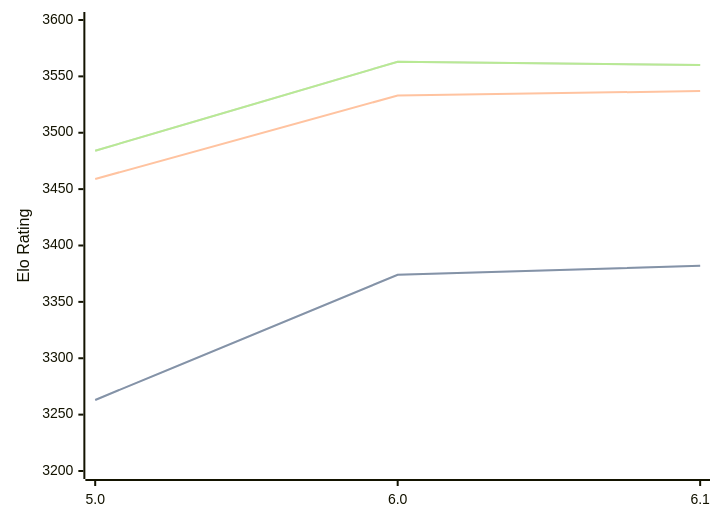
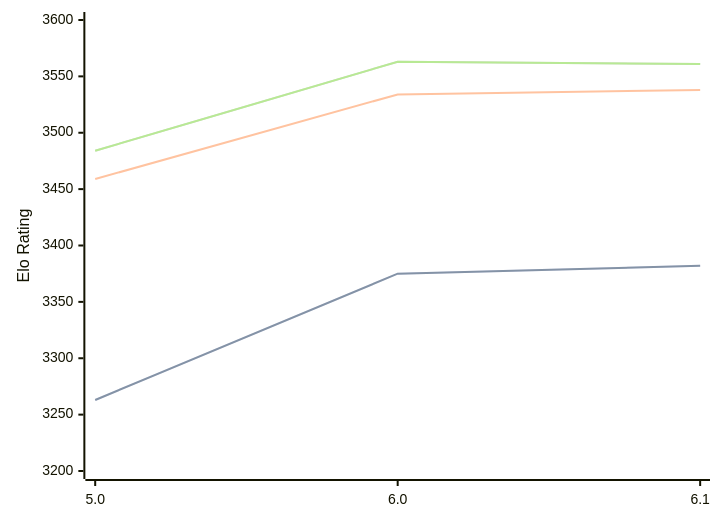
The diagram in engines/Starzix.md (computer-chess-index/cci), drawn with Mermaid before and after one commit. The commit also changed other lines of this file, not shown here.

Commit message:
Update CCI Ratings (ELO VLTC) - 2026-05-17

````diff
--- a/engines/Starzix.md
+++ b/engines/Starzix.md
@@ -37,11 +37,11 @@
 ```mermaid
 %%{init: {"theme":"base","themeVariables":{"seriesColors:['#a3a3a3','#222221','#faa371']}}}%%
 xychart-beta
   x-axis ["5.0", "6.0", "6.1"]
   y-axis "Elo Rating" 3200 --> 3600
-  line "STC (8.0+0.08s)" [3263, 3374, 3382]
-  line "STC (8.0+0.08s)" [3263, 3374, 3382]
-  line "LTC (60.0+0.60s)" [3459, 3533, 3537]
-  line "VLTC (2m24s+1.12s)" [3484, 3563, 3560]
-  line "VLTC (2m24s+1.12s)" [3484, 3563, 3560]
+  line "STC (8.0+0.08s)" [3263, 3375, 3382]
+  line "STC (8.0+0.08s)" [3263, 3375, 3382]
+  line "LTC (60.0+0.60s)" [3459, 3534, 3538]
+  line "VLTC (2m24s+1.12s)" [3484, 3563, 3561]
+  line "VLTC (2m24s+1.12s)" [3484, 3563, 3561]
 ```
````
